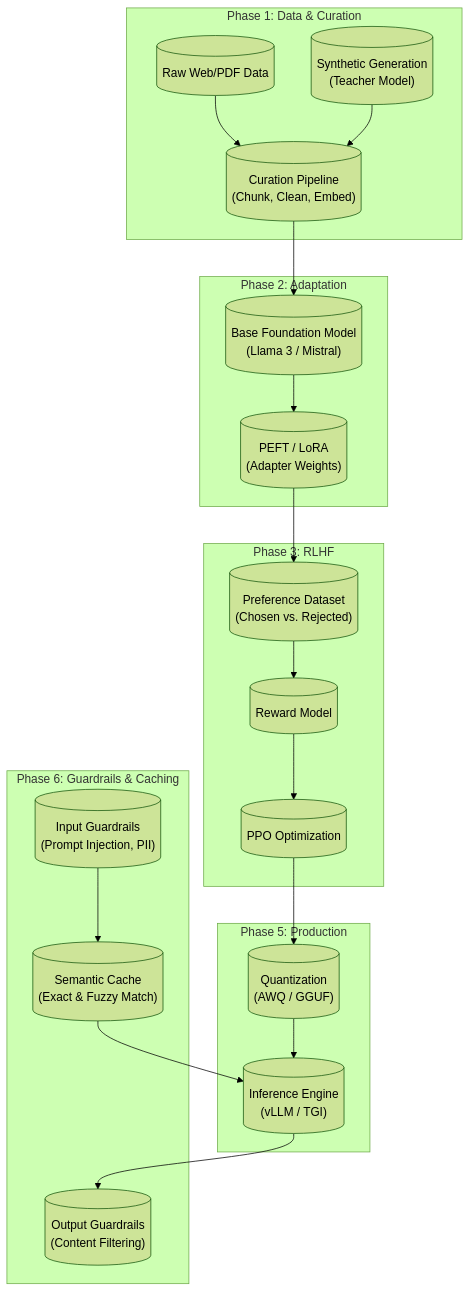
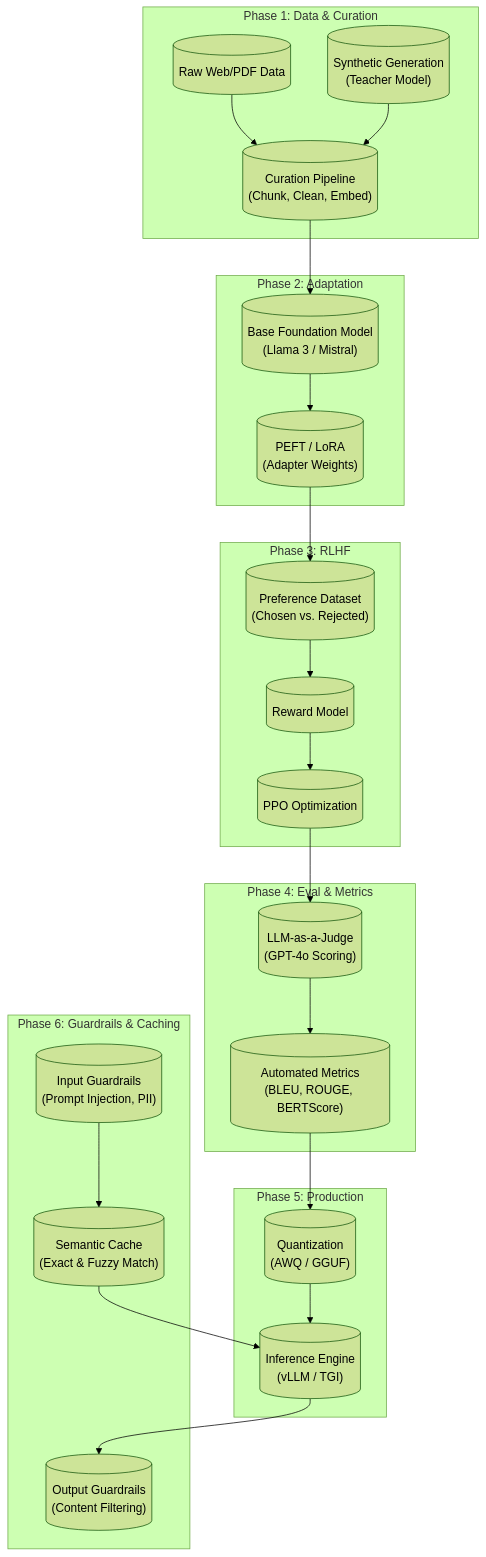
One commit to anmolsharma152/frontier-llmops-core changed the diagram in README.md. Above: the diagram before and after it, drawn with Mermaid (forest theme). The commit also changed 25 other files, not shown here.

````diff
--- a/README.md
+++ b/README.md
@@ -5,43 +5,50 @@
 ```mermaid
 flowchart TB
     subgraph Data["Phase 1: Data & Curation"]
         Raw[("Raw Web/PDF Data")]
         Syn[("Synthetic Generation<br/>(Teacher Model)")]
         Cur[("Curation Pipeline<br/>(Chunk, Clean, Embed)")]
     end
 
     subgraph Tuning["Phase 2: Adaptation"]
         Base[("Base Foundation Model<br/>(Llama 3 / Mistral)")]
         LoRA[("PEFT / LoRA<br/>(Adapter Weights)")]
     end
 
     subgraph Alignment["Phase 3: RLHF"]
         Pref[("Preference Dataset<br/>(Chosen vs. Rejected)")]
         RM[("Reward Model")]
         PPO[("PPO Optimization")]
+    end
+
+    subgraph Eval["Phase 4: Eval & Metrics"]
+        Judge[("LLM-as-a-Judge<br/>(GPT-4o Scoring)")]
+        Auto[("Automated Metrics<br/>(BLEU, ROUGE, BERTScore)")]
     end
 
     subgraph Serving["Phase 5: Production"]
         Quant[("Quantization<br/>(AWQ / GGUF)")]
         vLLM[("Inference Engine<br/>(vLLM / TGI)")]
     end
 
     subgraph Guardrails["Phase 6: Guardrails & Caching"]
         InputG[("Input Guardrails<br/>(Prompt Injection, PII)")]
         Cache[("Semantic Cache<br/>(Exact & Fuzzy Match)")]
         OutputG[("Output Guardrails<br/>(Content Filtering)")]
     end
 
     Raw --> Cur
     Syn --> Cur
     Cur --> Base
     Base --> LoRA
     LoRA --> Pref
     Pref --> RM
     RM --> PPO
-    PPO --> Quant
+    PPO --> Judge
+    Judge --> Auto
+    Auto --> Quant
     Quant --> vLLM
     vLLM --> OutputG
     InputG --> Cache
     Cache --> vLLM
 ```
````
